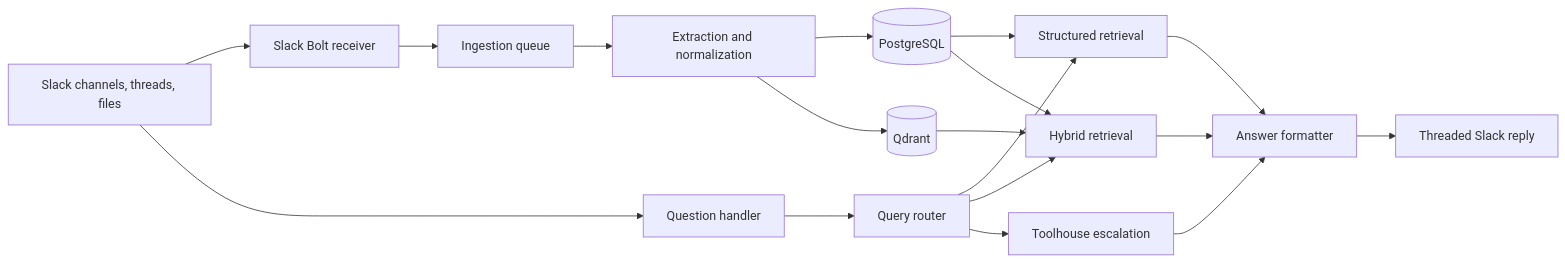
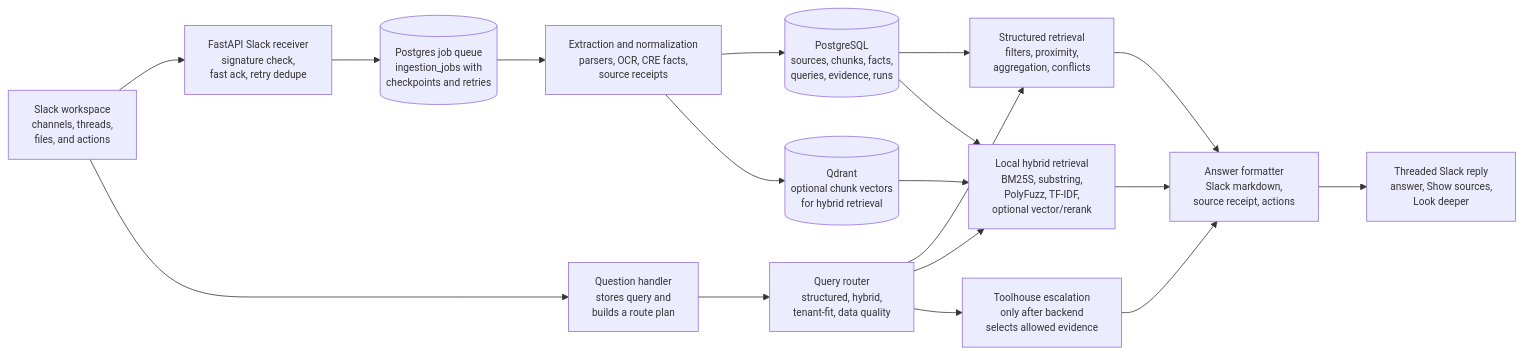
One commit to Aqwerty321/CRE-Knowledge-Engine changed the diagram in docs/final-implementation-spec.md. Above: the diagram before and after it, drawn with Mermaid. The commit also changed 6 other files, not shown here.

Commit message:
Update documentation and validation metrics across multiple files; improve clarity and accuracy of system architecture and retrieval processes.

````diff
--- a/docs/final-implementation-spec.md
+++ b/docs/final-implementation-spec.md
@@ -11,20 +11,23 @@
 ```mermaid
+%%{init: {"flowchart": {"htmlLabels": true, "curve": "basis", "nodeSpacing": 48, "rankSpacing": 62, "wrappingWidth": 190}, "themeVariables": {"fontSize": "13px"}} }%%
 flowchart LR
-    Slack[Slack channels, threads, files] --> Bolt[Slack Bolt receiver]
-    Bolt --> Queue[Ingestion queue]
-    Queue --> Extract[Extraction and normalization]
-    Extract --> Postgres[(PostgreSQL)]
-    Extract --> Qdrant[(Qdrant)]
-    Slack --> Query[Question handler]
-    Query --> Router[Query router]
-    Router --> Structured[Structured retrieval]
-    Router --> Hybrid[Hybrid retrieval]
-    Router --> Toolhouse[Toolhouse escalation]
-    Structured --> Answer[Answer formatter]
+    Slack["Slack workspace<br/>channels, threads,<br/>files, and actions"]
+    Bolt["FastAPI Slack receiver<br/>signature check,<br/>fast ack, retry dedupe"]
+    Slack --> Bolt
+    Bolt --> Queue[("Postgres job queue<br/>ingestion_jobs with<br/>checkpoints and retries")]
+    Queue --> Extract["Extraction and normalization<br/>parsers, OCR, CRE facts,<br/>source receipts"]
+    Extract --> Postgres[("PostgreSQL<br/>sources, chunks, facts,<br/>queries, evidence, runs")]
+    Extract --> Qdrant[("Qdrant<br/>optional chunk vectors<br/>for hybrid retrieval")]
+    Slack --> Query["Question handler<br/>stores query and<br/>builds a route plan"]
+    Query --> Router["Query router<br/>structured, hybrid,<br/>tenant-fit, data quality"]
+    Router --> Structured["Structured retrieval<br/>filters, proximity,<br/>aggregation, conflicts"]
+    Router --> Hybrid["Local hybrid retrieval<br/>BM25S, substring,<br/>PolyFuzz, TF-IDF,<br/>optional vector/rerank"]
+    Router --> Toolhouse["Toolhouse escalation<br/>only after backend<br/>selects allowed evidence"]
+    Structured --> Answer["Answer formatter<br/>Slack markdown,<br/>source receipt, actions"]
     Hybrid --> Answer
     Toolhouse --> Answer
     Postgres --> Structured
     Postgres --> Hybrid
     Qdrant --> Hybrid
-    Answer --> SlackReply[Threaded Slack reply]
+    Answer --> SlackReply["Threaded Slack reply<br/>answer, Show sources,<br/>Look deeper"]
 ```
````
